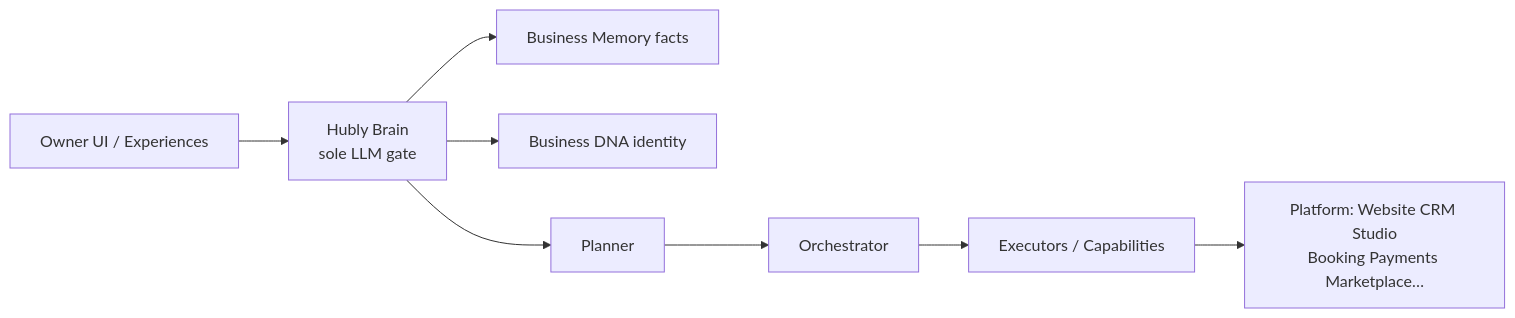
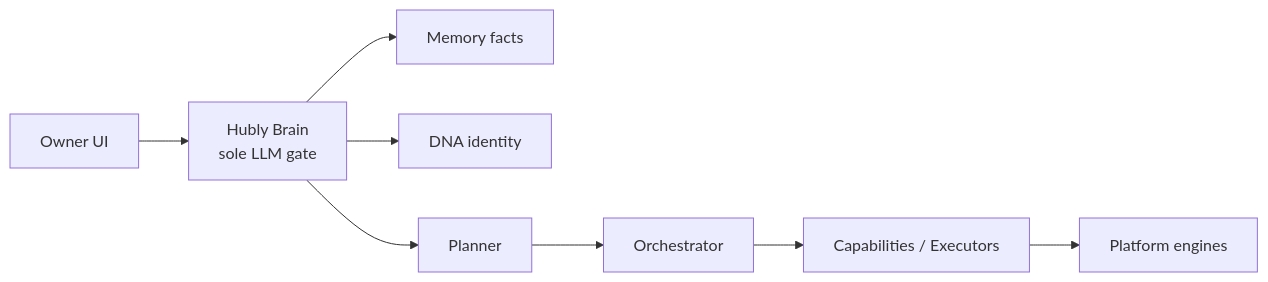
The second of 6 diagrams in docs/architecture/HUBLY_AI_V2_ARCHITECTURE_REVIEW.md (HubblyAdrian/Hubly), drawn with Mermaid before and after one commit. The commit also changed other lines of this file, not shown here.

First line of the commit message:
Expand AI V2 architecture into long-term Hubly OS blueprint

````diff
--- a/docs/architecture/HUBLY_AI_V2_ARCHITECTURE_REVIEW.md
+++ b/docs/architecture/HUBLY_AI_V2_ARCHITECTURE_REVIEW.md
@@ -50,10 +81,10 @@
 ```mermaid
 flowchart LR
-  UI[Owner UI / Experiences] --> Brain[Hubly Brain<br/>sole LLM gate]
-  Brain --> Mem[Business Memory facts]
-  Brain --> DNA[Business DNA identity]
+  UI[Owner UI] --> Brain[Hubly Brain<br/>sole LLM gate]
+  Brain --> Mem[Memory facts]
+  Brain --> DNA[DNA identity]
   Brain --> Plan[Planner]
   Plan --> Orch[Orchestrator]
-  Orch --> Exec[Executors / Capabilities]
-  Exec --> Plat[Platform: Website CRM Studio<br/>Booking Payments Marketplace…]
+  Orch --> Cap[Capabilities / Executors]
+  Cap --> Plat[Platform engines]
 ```
````
